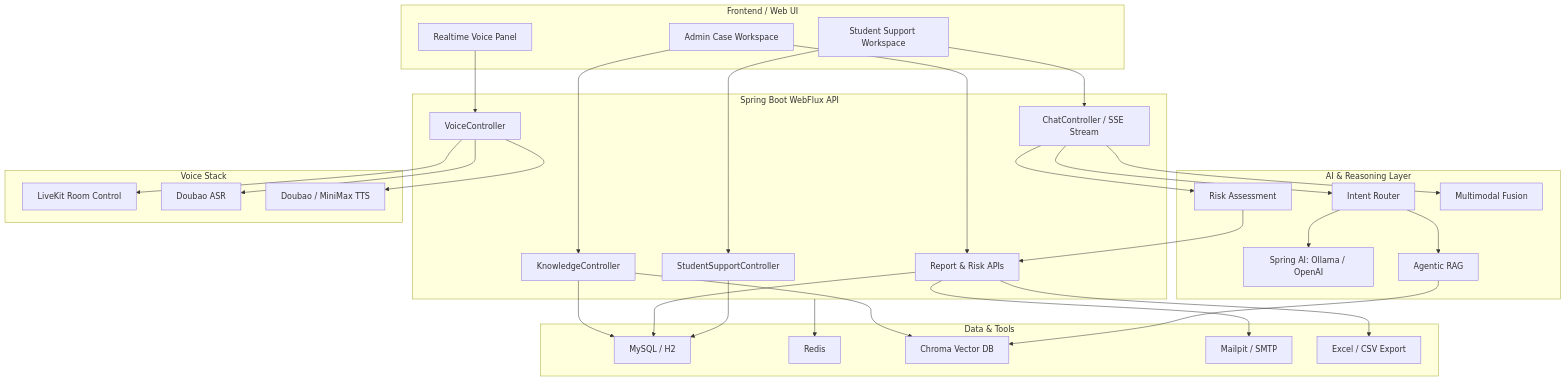
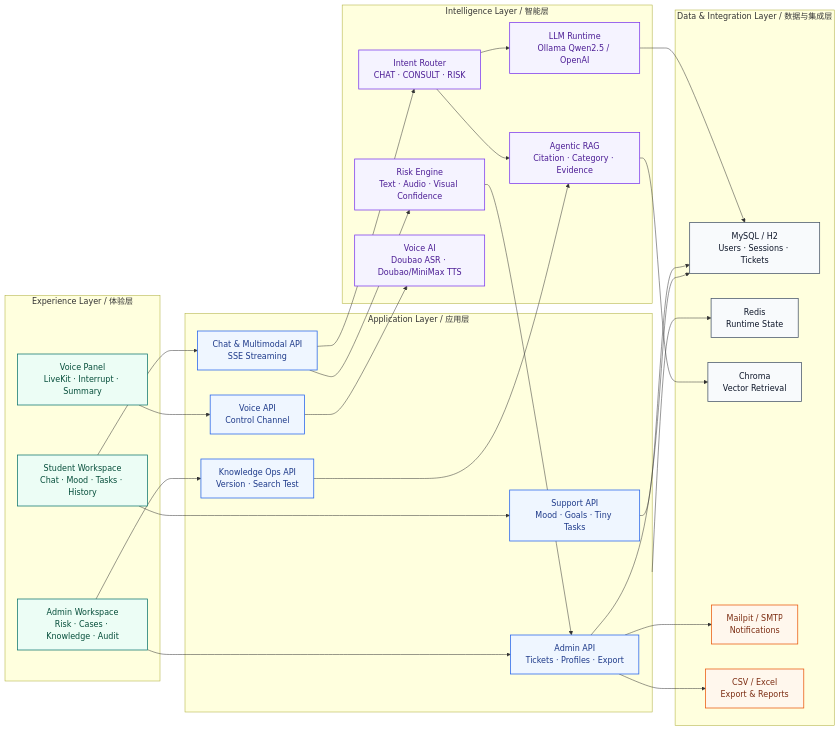
Before and after one commit to yaokai123/multimodal-mindcare-agent: the diagram in README.md, drawn with Mermaid. The commit also changed other lines of this file, not shown here.

Commit message:
Refine README highlights and architecture diagram

````diff
--- a/README.md
+++ b/README.md
@@ -86,59 +98,60 @@
 ```mermaid
-flowchart TB
-    subgraph Client["Frontend / Web UI"]
-        Student["Student Support Workspace"]
-        Admin["Admin Case Workspace"]
-        VoiceUI["Realtime Voice Panel"]
+flowchart LR
+    classDef user fill:#ecfdf5,stroke:#0f766e,color:#064e3b,stroke-width:1.5px
+    classDef api fill:#eff6ff,stroke:#2563eb,color:#1e3a8a,stroke-width:1.5px
+    classDef ai fill:#f5f3ff,stroke:#7c3aed,color:#4c1d95,stroke-width:1.5px
+    classDef ops fill:#fff7ed,stroke:#ea580c,color:#7c2d12,stroke-width:1.5px
+    classDef data fill:#f8fafc,stroke:#475569,color:#0f172a,stroke-width:1.5px
+
+    subgraph U["Experience Layer / 体验层"]
+        Student["Student Workspace<br/>Chat · Mood · Tasks · History"]:::user
+        Admin["Admin Workspace<br/>Risk · Cases · Knowledge · Audit"]:::user
+        VoicePanel["Voice Panel<br/>LiveKit · Interrupt · Summary"]:::user
     end
 
-    subgraph API["Spring Boot WebFlux API"]
-        Chat["ChatController / SSE Stream"]
-        Support["StudentSupportController"]
-        Reports["Report & Risk APIs"]
-        Voice["VoiceController"]
-        KnowledgeAdmin["KnowledgeController"]
+    subgraph B["Application Layer / 应用层"]
+        ChatAPI["Chat & Multimodal API<br/>SSE Streaming"]:::api
+        SupportAPI["Support API<br/>Mood · Goals · Tiny Tasks"]:::api
+        AdminAPI["Admin API<br/>Tickets · Profiles · Export"]:::api
+        VoiceAPI["Voice API<br/>Control Channel"]:::api
+        KnowledgeAPI["Knowledge Ops API<br/>Version · Search Test"]:::api
     end
 
-    subgraph Intelligence["AI & Reasoning Layer"]
-        Router["Intent Router"]
-        LLM["Spring AI: Ollama / OpenAI"]
-        RAG["Agentic RAG"]
-        Risk["Risk Assessment"]
-        Fusion["Multimodal Fusion"]
+    subgraph I["Intelligence Layer / 智能层"]
+        Router["Intent Router<br/>CHAT · CONSULT · RISK"]:::ai
+        Rag["Agentic RAG<br/>Citation · Category · Evidence"]:::ai
+        Llm["LLM Runtime<br/>Ollama Qwen2.5 / OpenAI"]:::ai
+        Risk["Risk Engine<br/>Text · Audio · Visual Confidence"]:::ai
+        VoiceAI["Voice AI<br/>Doubao ASR · Doubao/MiniMax TTS"]:::ai
     end
 
-    subgraph Data["Data & Tools"]
-        DB["MySQL / H2"]
-        Redis["Redis"]
-        Chroma["Chroma Vector DB"]
-        Mailpit["Mailpit / SMTP"]
-        Excel["Excel / CSV Export"]
+    subgraph D["Data & Integration Layer / 数据与集成层"]
+        MySQL["MySQL / H2<br/>Users · Sessions · Tickets"]:::data
+        Redis["Redis<br/>Runtime State"]:::data
+        Chroma["Chroma<br/>Vector Retrieval"]:::data
+        Mail["Mailpit / SMTP<br/>Notifications"]:::ops
+        Files["CSV / Excel<br/>Export & Reports"]:::ops
     end
 
-    subgraph VoiceStack["Voice Stack"]
-        LiveKit["LiveKit Room Control"]
-        ASR["Doubao ASR"]
-        TTS["Doubao / MiniMax TTS"]
-    end
+    Student --> ChatAPI
+    Student --> SupportAPI
+    Admin --> AdminAPI
+    Admin --> KnowledgeAPI
+    VoicePanel --> VoiceAPI
 
-    Student --> Chat
-    Student --> Support
-    Admin --> Reports
-    Admin --> KnowledgeAdmin
-    VoiceUI --> Voice
+    ChatAPI --> Router
+    Router --> Llm
+    Router --> Rag
+    ChatAPI --> Risk
+    VoiceAPI --> VoiceAI
+    KnowledgeAPI --> Rag
 
-    Chat --> Router --> LLM
-    Router --> RAG --> Chroma
-    Chat --> Risk --> Reports
-    Chat --> Fusion
-    Support --> DB
-    Reports --> DB
-    KnowledgeAdmin --> DB
-    KnowledgeAdmin --> Chroma
-    Voice --> LiveKit
-    Voice --> ASR
-    Voice --> TTS
-    Reports --> Mailpit
-    Reports --> Excel
-    API --> Redis
+    Rag --> Chroma
+    Llm --> MySQL
+    Risk --> AdminAPI
+    SupportAPI --> MySQL
+    AdminAPI --> MySQL
+    AdminAPI --> Mail
+    AdminAPI --> Files
+    B --> Redis
 ```
````
